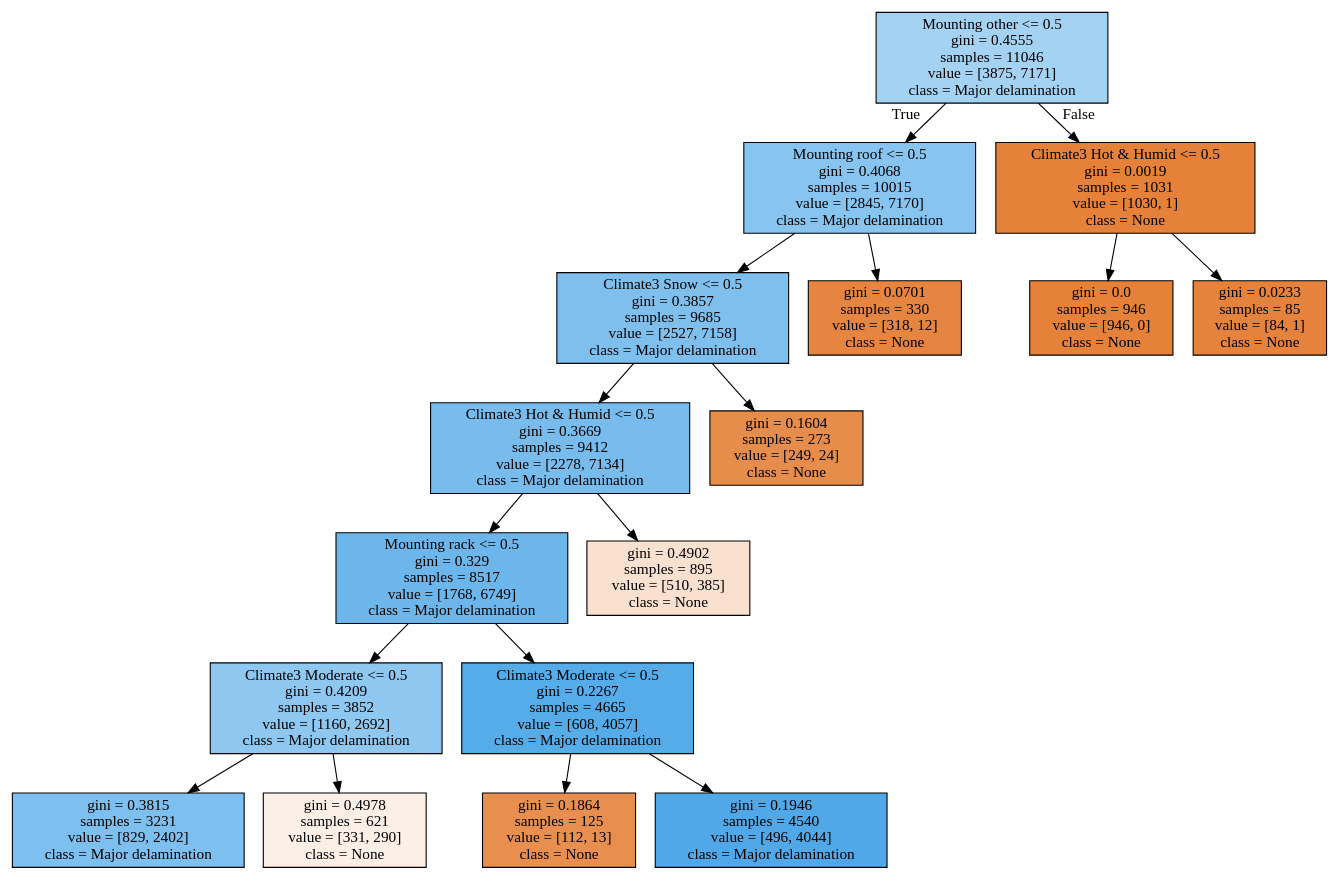
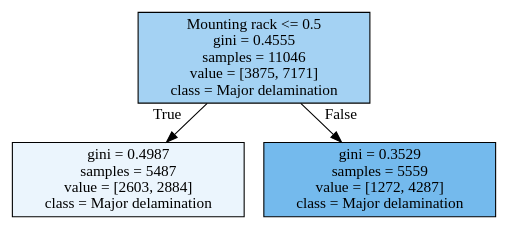
Before and after one commit to hackingmaterials/duramat: the diagram in degradation_modes/output/Cause Major delamination.dot, drawn with Graphviz. The commit also changed 17 other files, not shown here.

Commit message:
Added support for unweighted grouped bar charts for mounting and climate

```diff
--- a/degradation_modes/output/Cause Major delamination.dot
+++ b/degradation_modes/output/Cause Major delamination.dot
@@ -1,36 +1,8 @@
 digraph Tree {
 node [shape=box, style="filled", color="black"] ;
-0 [label="Mounting other <= 0.5\ngini = 0.4555\nsamples = 11046\nvalue = [3875, 7171]\nclass = Major delamination", fillcolor="#399de575"] ;
-1 [label="Mounting roof <= 0.5\ngini = 0.4068\nsamples = 10015\nvalue = [2845, 7170]\nclass = Major delamination", fillcolor="#399de59a"] ;
+0 [label="Mounting rack <= 0.5\ngini = 0.4555\nsamples = 11046\nvalue = [3875, 7171]\nclass = Major delamination", fillcolor="#399de575"] ;
+1 [label="gini = 0.4987\nsamples = 5487\nvalue = [2603, 2884]\nclass = Major delamination", fillcolor="#399de519"] ;
 0 -> 1 [labeldistance=2.5, labelangle=45, headlabel="True"] ;
-2 [label="Climate3 Snow <= 0.5\ngini = 0.3857\nsamples = 9685\nvalue = [2527, 7158]\nclass = Major delamination", fillcolor="#399de5a5"] ;
-1 -> 2 ;
-3 [label="Climate3 Hot & Humid <= 0.5\ngini = 0.3669\nsamples = 9412\nvalue = [2278, 7134]\nclass = Major delamination", fillcolor="#399de5ae"] ;
-2 -> 3 ;
-4 [label="Mounting rack <= 0.5\ngini = 0.329\nsamples = 8517\nvalue = [1768, 6749]\nclass = Major delamination", fillcolor="#399de5bc"] ;
-3 -> 4 ;
-5 [label="Climate3 Moderate <= 0.5\ngini = 0.4209\nsamples = 3852\nvalue = [1160, 2692]\nclass = Major delamination", fillcolor="#399de591"] ;
-4 -> 5 ;
-6 [label="gini = 0.3815\nsamples = 3231\nvalue = [829, 2402]\nclass = Major delamination", fillcolor="#399de5a7"] ;
-5 -> 6 ;
-7 [label="gini = 0.4978\nsamples = 621\nvalue = [331, 290]\nclass = None", fillcolor="#e5813920"] ;
-5 -> 7 ;
-8 [label="Climate3 Moderate <= 0.5\ngini = 0.2267\nsamples = 4665\nvalue = [608, 4057]\nclass = Major delamination", fillcolor="#399de5d9"] ;
-4 -> 8 ;
-9 [label="gini = 0.1864\nsamples = 125\nvalue = [112, 13]\nclass = None", fillcolor="#e58139e1"] ;
-8 -> 9 ;
-10 [label="gini = 0.1946\nsamples = 4540\nvalue = [496, 4044]\nclass = Major delamination", fillcolor="#399de5e0"] ;
-8 -> 10 ;
-11 [label="gini = 0.4902\nsamples = 895\nvalue = [510, 385]\nclass = None", fillcolor="#e581393e"] ;
-3 -> 11 ;
-12 [label="gini = 0.1604\nsamples = 273\nvalue = [249, 24]\nclass = None", fillcolor="#e58139e6"] ;
-2 -> 12 ;
-13 [label="gini = 0.0701\nsamples = 330\nvalue = [318, 12]\nclass = None", fillcolor="#e58139f5"] ;
-1 -> 13 ;
-14 [label="Climate3 Hot & Humid <= 0.5\ngini = 0.0019\nsamples = 1031\nvalue = [1030, 1]\nclass = None", fillcolor="#e58139ff"] ;
-0 -> 14 [labeldistance=2.5, labelangle=-45, headlabel="False"] ;
-15 [label="gini = 0.0\nsamples = 946\nvalue = [946, 0]\nclass = None", fillcolor="#e58139ff"] ;
-14 -> 15 ;
-16 [label="gini = 0.0233\nsamples = 85\nvalue = [84, 1]\nclass = None", fillcolor="#e58139fc"] ;
-14 -> 16 ;
+2 [label="gini = 0.3529\nsamples = 5559\nvalue = [1272, 4287]\nclass = Major delamination", fillcolor="#399de5b3"] ;
+0 -> 2 [labeldistance=2.5, labelangle=-45, headlabel="False"] ;
 }
```
